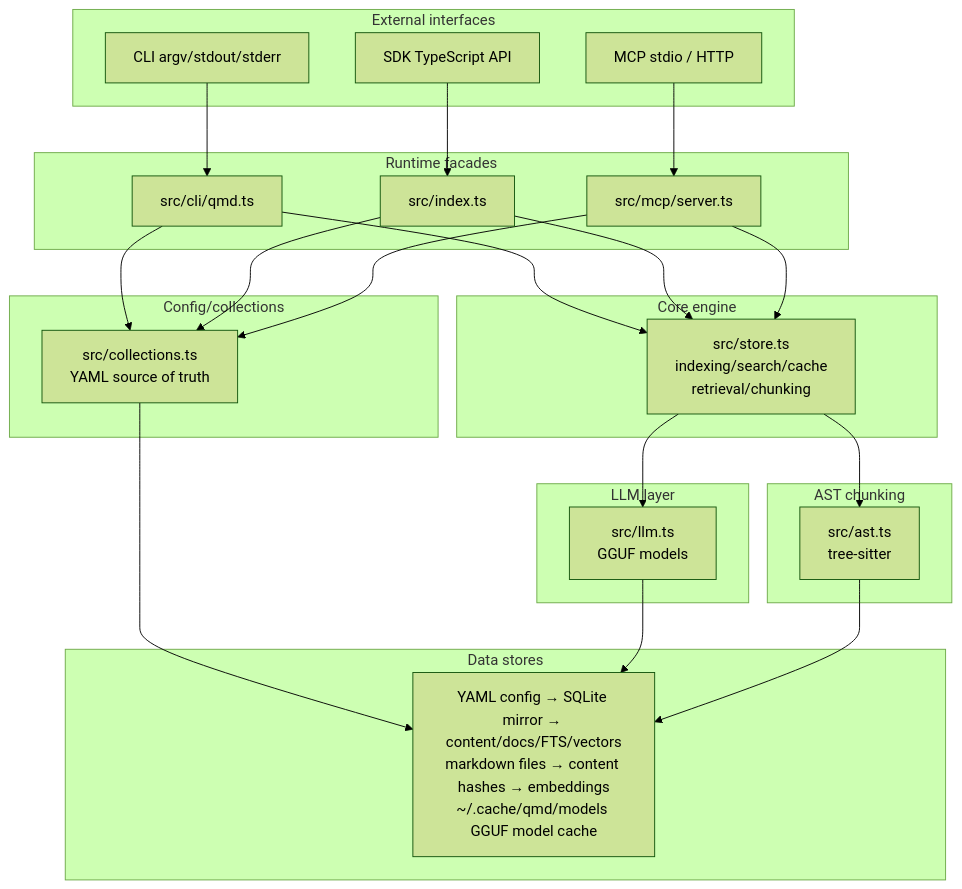
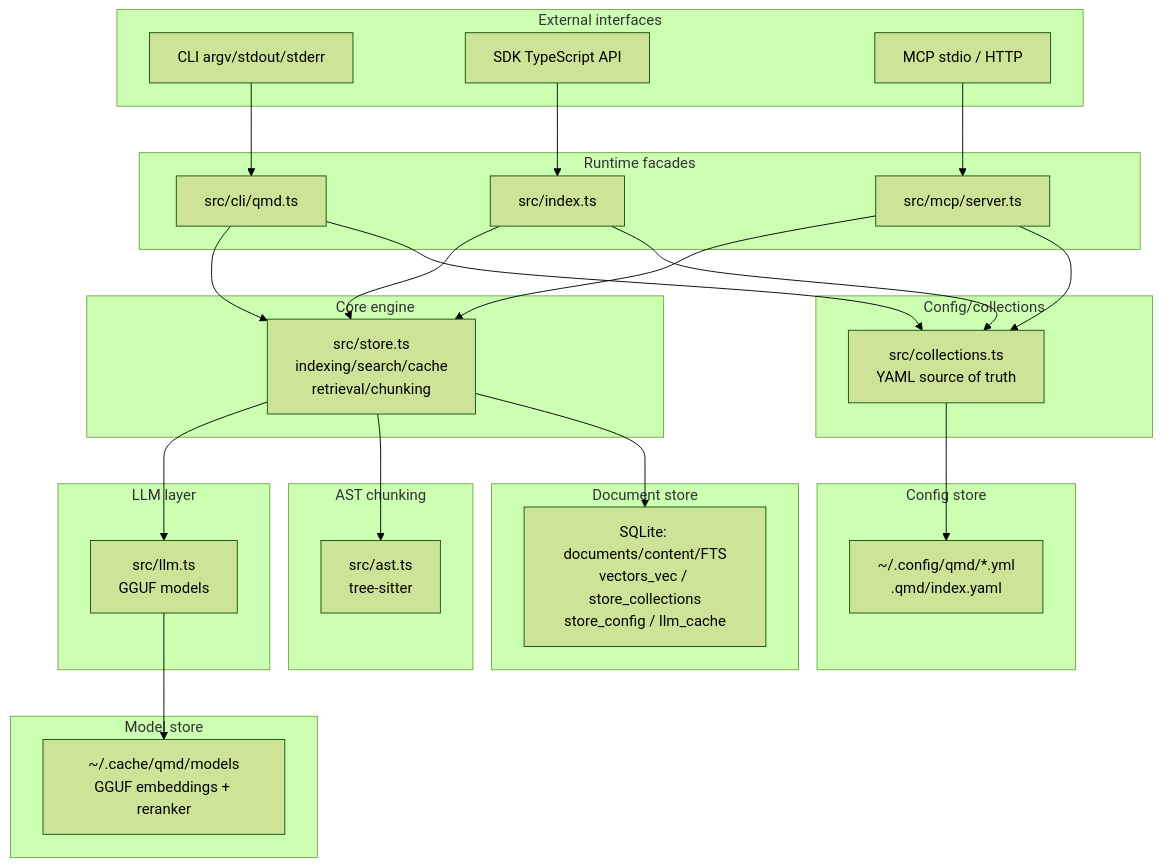
Before and after one commit to sagarsrc/qmd-fork: the diagram in docs/experiments/001-understanding-codebase/workers/synthesizer/output/L0-overview.md, drawn with Mermaid (forest theme). The commit also changed 4 other files, not shown here.

First line of the commit message:
docs: clean up messy mermaid diagrams

````diff
--- a/docs/experiments/001-understanding-codebase/workers/synthesizer/output/L0-overview.md
+++ b/docs/experiments/001-understanding-codebase/workers/synthesizer/output/L0-overview.md
@@ -20,53 +20,61 @@
 ```mermaid
 graph TD
     subgraph External["External interfaces"]
         CLI_EXT["CLI argv/stdout/stderr"]
         SDK_EXT["SDK TypeScript API"]
         MCP_EXT["MCP stdio / HTTP"]
     end
 
     subgraph Runtime["Runtime facades"]
         CLI_RUN["src/cli/qmd.ts"]
         SDK_RUN["src/index.ts"]
         MCP_RUN["src/mcp/server.ts"]
     end
 
     subgraph Core["Core engine"]
         STORE["src/store.ts<br/>indexing/search/cache<br/>retrieval/chunking"]
     end
 
     subgraph ConfigCollections["Config/collections"]
         COLL["src/collections.ts<br/>YAML source of truth"]
     end
 
     subgraph LLMLayer["LLM layer"]
         LLM_MOD["src/llm.ts<br/>GGUF models"]
     end
 
     subgraph ASTChunking["AST chunking"]
         AST_MOD["src/ast.ts<br/>tree-sitter"]
     end
 
-    subgraph DataStores["Data stores"]
-        DS["YAML config → SQLite mirror → content/docs/FTS/vectors<br/>markdown files → content hashes → embeddings<br/>~/.cache/qmd/models GGUF model cache"]
+    subgraph ConfigStore["Config store"]
+        CFG["~/.config/qmd/*.yml<br/>.qmd/index.yaml"]
+    end
+
+    subgraph DocStore["Document store"]
+        SQLITE["SQLite: documents/content/FTS<br/>vectors_vec / store_collections<br/>store_config / llm_cache"]
+    end
+
+    subgraph ModelStore["Model store"]
+        MODELS["~/.cache/qmd/models<br/>GGUF embeddings + reranker"]
     end
 
     CLI_EXT --> CLI_RUN
     SDK_EXT --> SDK_RUN
     MCP_EXT --> MCP_RUN
 
     CLI_RUN --> STORE
     SDK_RUN --> STORE
     MCP_RUN --> STORE
 
     CLI_RUN --> COLL
     SDK_RUN --> COLL
     MCP_RUN --> COLL
 
     STORE --> LLM_MOD
     STORE --> AST_MOD
 
-    COLL --> DS
-    LLM_MOD --> DS
-    AST_MOD --> DS
+    COLL --> CFG
+    STORE --> SQLITE
+    LLM_MOD --> MODELS
 ```
````
